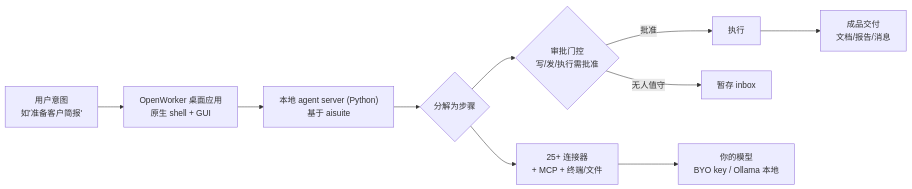
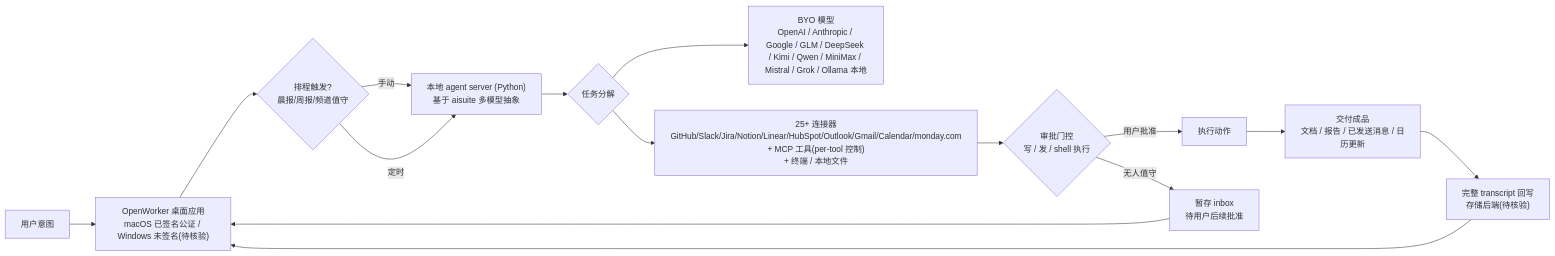
Before and after one commit to aiutil/github-researcher: the diagram in projects/openworker.md, drawn with Mermaid. The commit also changed other lines of this file and 939 other files, not shown here.

Commit message:
feat: add architect briefs and Mermaid project maps

````diff
--- a/projects/openworker.md
+++ b/projects/openworker.md
@@ -43,12 +56,17 @@
 ```mermaid
 flowchart LR
-    U["用户意图<br/>如'准备客户简报'"] --> APP["OpenWorker 桌面应用<br/>原生 shell + GUI"]
-    APP --> ENG["本地 agent server (Python)<br/>基于 aisuite"]
-    ENG --> DEC{"分解为步骤"}
-    DEC --> TOOLS["25+ 连接器<br/>+ MCP + 终端/文件"]
-    DEC --> GATE{"审批门控<br/>写/发/执行需批准"}
-    GATE -->|批准| EXEC["执行"]
-    GATE -->|无人值守| INBOX["暂存 inbox"]
-    EXEC --> DELIV["成品交付<br/>文档/报告/消息"]
-    TOOLS --> MODEL["你的模型<br/>BYO key / Ollama 本地"]
+    U["用户意图"] --> APP["OpenWorker 桌面应用<br/>macOS 已签名公证 / Windows 未签名(待核验)"]
+    APP --> SCHED{"排程触发?<br/>晨报/周报/频道值守"}
+    SCHED -->|手动| ENG
+    SCHED -->|定时| ENG
+    ENG["本地 agent server (Python)<br/>基于 aisuite 多模型抽象"] --> DEC{"任务分解"}
+    DEC --> MODEL["BYO 模型<br/>OpenAI / Anthropic / Google / GLM / DeepSeek / Kimi / Qwen / MiniMax / Mistral / Grok / Ollama 本地"]
+    DEC --> TOOLS["25+ 连接器<br/>GitHub/Slack/Jira/Notion/Linear/HubSpot/Outlook/Gmail/Calendar/monday.com<br/>+ MCP 工具(per-tool 控制)<br/>+ 终端 / 本地文件"]
+    TOOLS --> GATE{"审批门控<br/>写 / 发 / shell 执行"}
+    GATE -->|用户批准| EXEC["执行动作"]
+    GATE -->|无人值守| INBOX["暂存 inbox<br/>待用户后续批准"]
+    EXEC --> DELIV["交付成品<br/>文档 / 报告 / 已发送消息 / 日历更新"]
+    DELIV --> LOG["完整 transcript 回写<br/>存储后端(待核验)"]
+    LOG --> APP
+    INBOX --> APP
 ```
````
